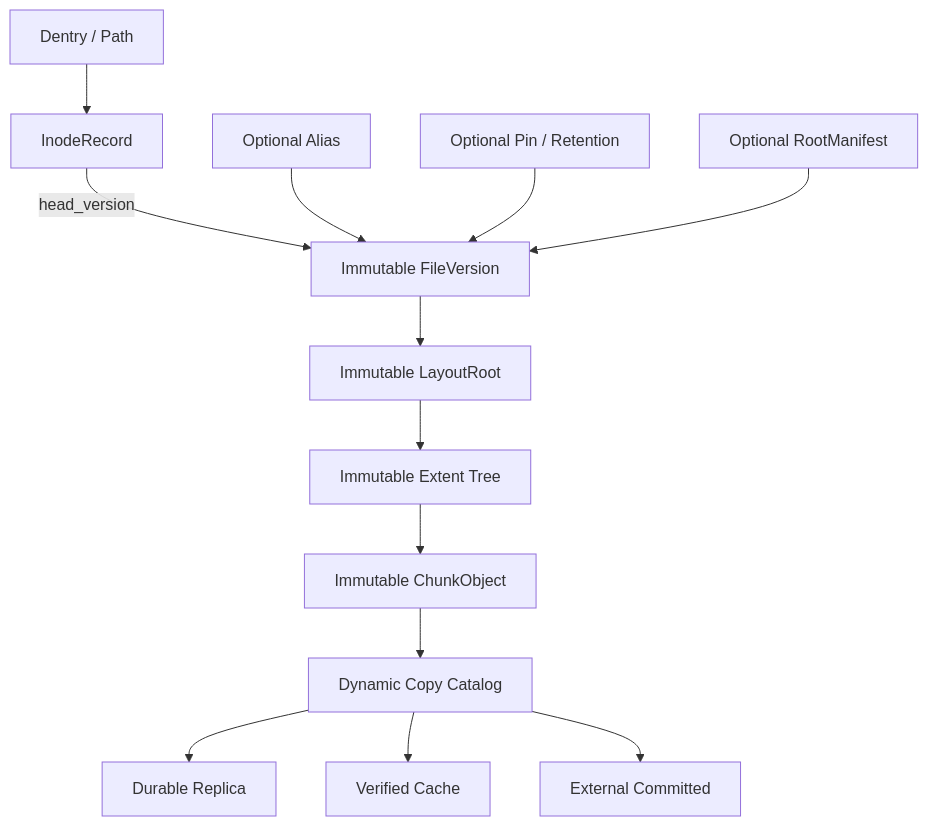
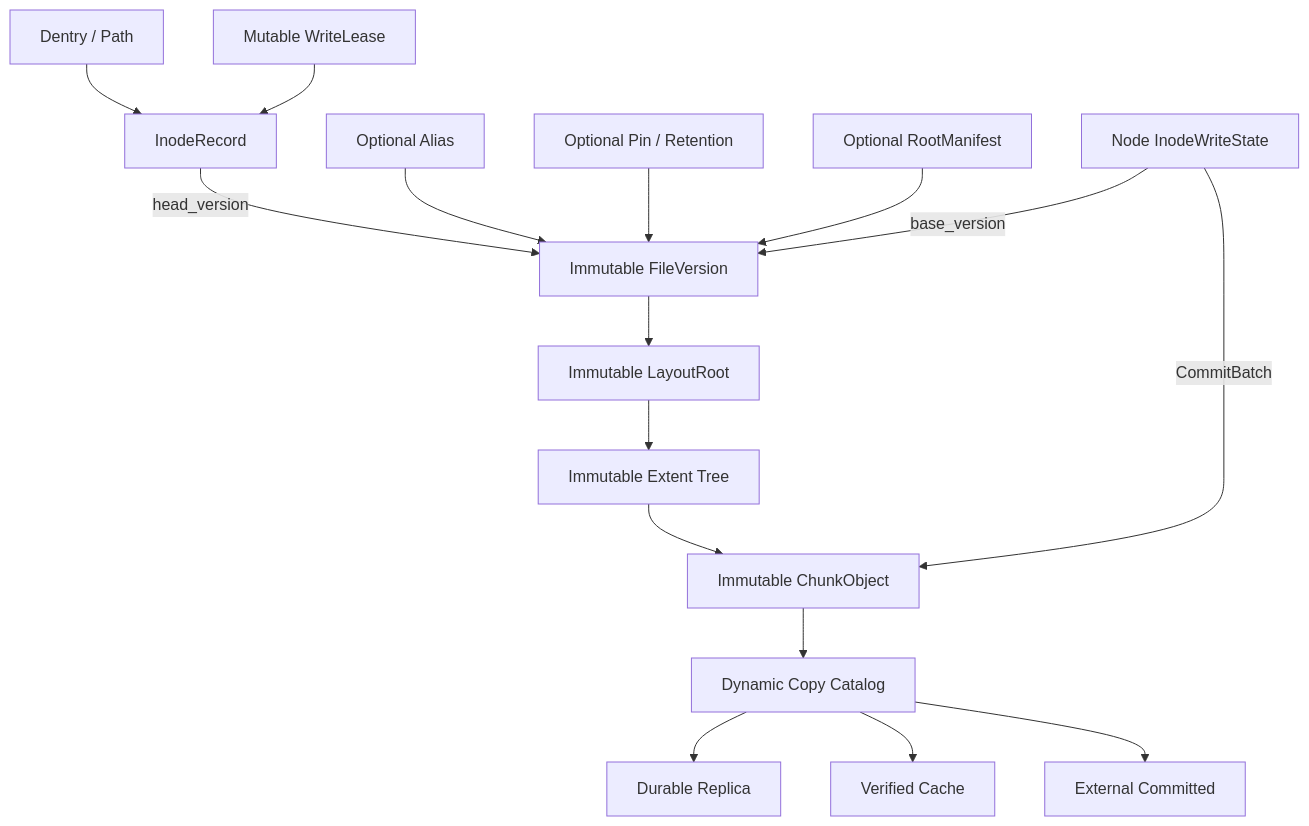
One commit to lelezi257/dms changed the first of 5 diagrams in docs/architecture/01-file-version-chunk-model.md. Above: the diagram before and after it, drawn with Mermaid. The commit also changed other lines of this file and 15 other files, not shown here.

````diff
--- a/docs/architecture/01-file-version-chunk-model.md
+++ b/docs/architecture/01-file-version-chunk-model.md
@@ -27,17 +27,21 @@
 ```mermaid
 flowchart TD
     Dentry[Dentry / Path] --> Inode[InodeRecord]
     Inode -->|head_version| Version[Immutable FileVersion]
     Version --> Layout[Immutable LayoutRoot]
     Layout --> Extents[Immutable Extent Tree]
     Extents --> Chunk[Immutable ChunkObject]
 
     Alias[Optional Alias] --> Version
     Pin[Optional Pin / Retention] --> Version
     Root[Optional RootManifest] --> Version
 
+    Lease[Mutable WriteLease] --> Inode
+    Runtime[Node InodeWriteState] -->|base_version| Version
+    Runtime -->|CommitBatch| Chunk
+
     Chunk --> Copies[Dynamic Copy Catalog]
     Copies --> Replica[Durable Replica]
     Copies --> Cache[Verified Cache]
     Copies --> External[External Committed]
 ```
````
